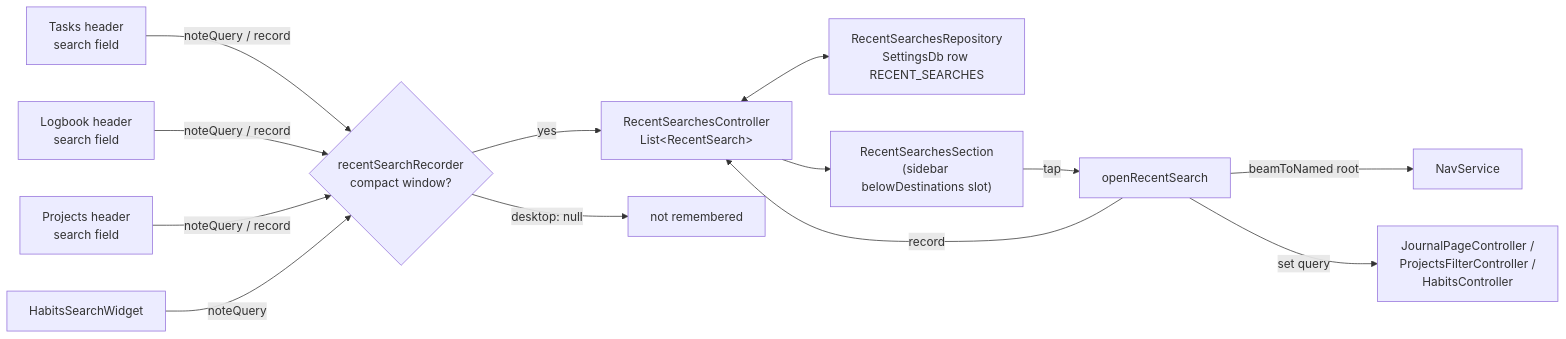
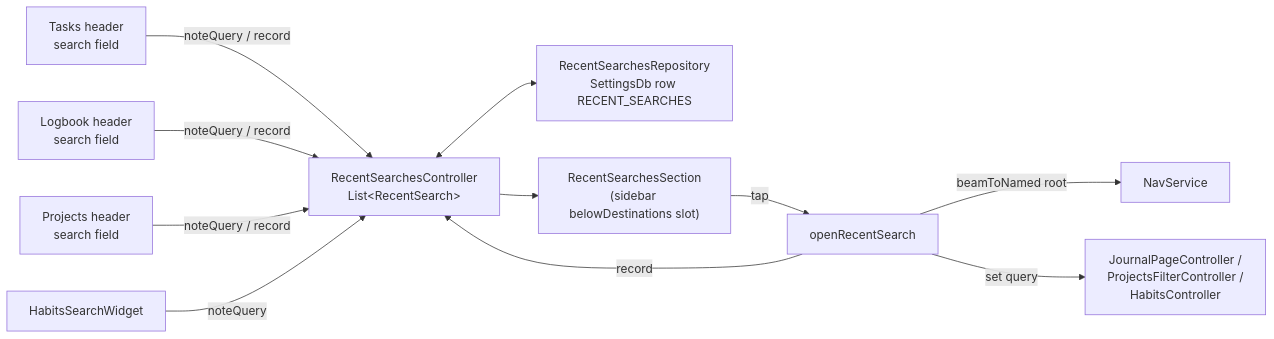
The first of 2 diagrams in knowledge/features/recent_searches.md (matthiasn/lotti), drawn with Mermaid before and after one commit. The commit also changed other lines of this file and 18 other files, not shown here.

````diff
--- a/knowledge/features/recent_searches.md
+++ b/knowledge/features/recent_searches.md
@@ -30,15 +30,13 @@
 ```mermaid
 flowchart LR
-  Tasks["Tasks header<br/>search field"] -->|noteQuery / record| Gate
-  Logbook["Logbook header<br/>search field"] -->|noteQuery / record| Gate
-  Projects["Projects header<br/>search field"] -->|noteQuery / record| Gate
-  Habits["HabitsSearchWidget"] -->|noteQuery| Gate
-  Gate{"recentSearchRecorder<br/>compact window?"} -->|yes| Ctrl
-  Gate -->|desktop: null| Drop["not remembered"]
+  Tasks["Tasks header<br/>search field"] -->|noteQuery / record| Ctrl
+  Logbook["Logbook header<br/>search field"] -->|noteQuery / record| Ctrl
+  Projects["Projects header<br/>search field"] -->|noteQuery / record| Ctrl
+  Habits["HabitsSearchWidget"] -->|noteQuery| Ctrl
   Ctrl["RecentSearchesController<br/>List&lt;RecentSearch&gt;"] <--> Repo["RecentSearchesRepository<br/>SettingsDb row RECENT_SEARCHES"]
   Ctrl --> Section["RecentSearchesSection<br/>(sidebar belowDestinations slot)"]
   Section -->|tap| Open["openRecentSearch"]
   Open -->|beamToNamed root| Nav["NavService"]
   Open -->|set query| Owners["JournalPageController /<br/>ProjectsFilterController /<br/>HabitsController"]
   Open -->|record| Ctrl
 ```
````
